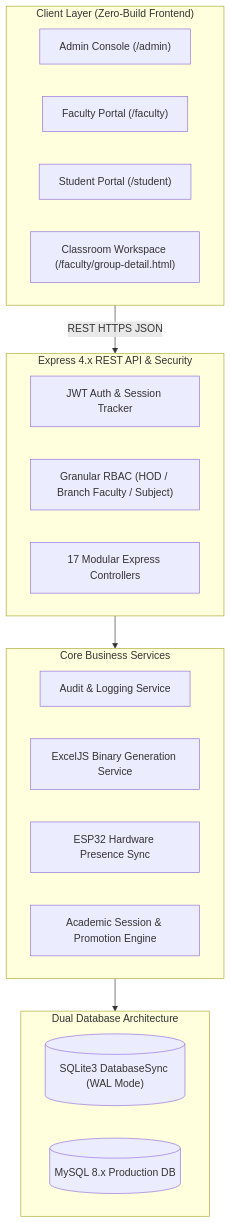
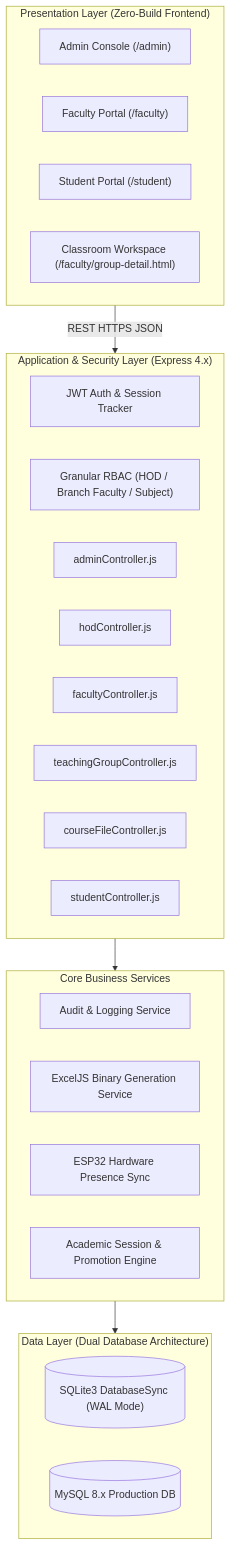
One commit to onebotyt/Vidya changed the diagram in docs/07_PHASE_2_PROJECT_PRESENTATION_AND_VIVA_REPORT.md. Above: the diagram before and after it, drawn with Mermaid. The commit also changed other lines of this file, not shown here.

Commit message:
docs: enrich Phase 2 presentation report with complete NBA 18-doc course file, role matrix, and 22-slide blueprint

````diff
--- a/docs/07_PHASE_2_PROJECT_PRESENTATION_AND_VIVA_REPORT.md
+++ b/docs/07_PHASE_2_PROJECT_PRESENTATION_AND_VIVA_REPORT.md
@@ -112,31 +530,36 @@
 ```mermaid
 graph TD
-    subgraph ClientLayer ["Client Layer (Zero-Build Frontend)"]
+    subgraph ClientLayer ["Presentation Layer (Zero-Build Frontend)"]
         UI_A["Admin Console (/admin)"]
         UI_F["Faculty Portal (/faculty)"]
         UI_S["Student Portal (/student)"]
         UI_GD["Classroom Workspace (/faculty/group-detail.html)"]
     end
 
-    subgraph APILayer ["Express 4.x REST API & Security"]
+    subgraph APILayer ["Application & Security Layer (Express 4.x)"]
         MW_A["JWT Auth & Session Tracker"]
         MW_R["Granular RBAC (HOD / Branch Faculty / Subject)"]
-        CTRL["17 Modular Express Controllers"]
+        CTRL_A["adminController.js"]
+        CTRL_H["hodController.js"]
+        CTRL_F["facultyController.js"]
+        CTRL_TG["teachingGroupController.js"]
+        CTRL_CF["courseFileController.js"]
+        CTRL_S["studentController.js"]
     end
 
     subgraph ServiceLayer ["Core Business Services"]
         SVC_A["Audit & Logging Service"]
         SVC_XLS["ExcelJS Binary Generation Service"]
         SVC_IOT["ESP32 Hardware Presence Sync"]
         SVC_SES["Academic Session & Promotion Engine"]
     end
 
-    subgraph DBLayer ["Dual Database Architecture"]
+    subgraph DBLayer ["Data Layer (Dual Database Architecture)"]
         M_SQLITE[("SQLite3 DatabaseSync (WAL Mode)")]
         M_MYSQL[("MySQL 8.x Production DB")]
     end
 
     ClientLayer -->|REST HTTPS JSON| APILayer
     APILayer --> ServiceLayer
     ServiceLayer --> DBLayer
 ```
````
